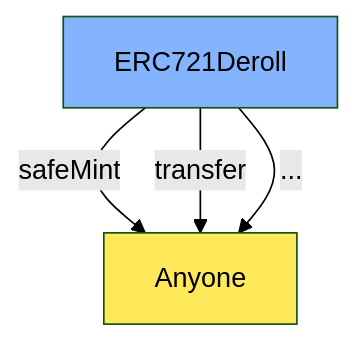
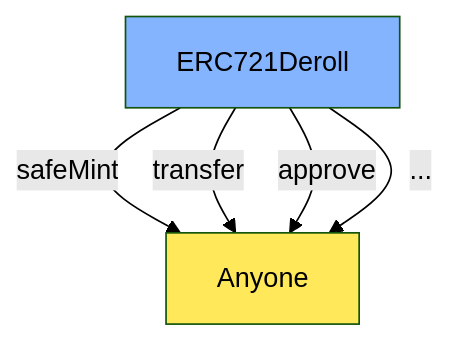
Before and after one commit to Mugen-Builders/echo-plus-deroll: the fourth of 5 diagrams in contracts/README.md, drawn with Mermaid (forest theme). The commit also changed other lines of this file and 3 other files, not shown here.

````diff
--- a/contracts/README.md
+++ b/contracts/README.md
@@ -70,12 +79,13 @@
 ```mermaid
 graph TD
     classDef core fill:#ffe95a,color:#000
     classDef external fill:#85b4ff,color:#000
 
     Anyone:::core
     ERC721Deroll:::external
 
     ERC721Deroll -- safeMint --> Anyone
     ERC721Deroll -- transfer --> Anyone
+    ERC721Deroll -- approve --> Anyone
     ERC721Deroll -- ... --> Anyone
 ```
````
